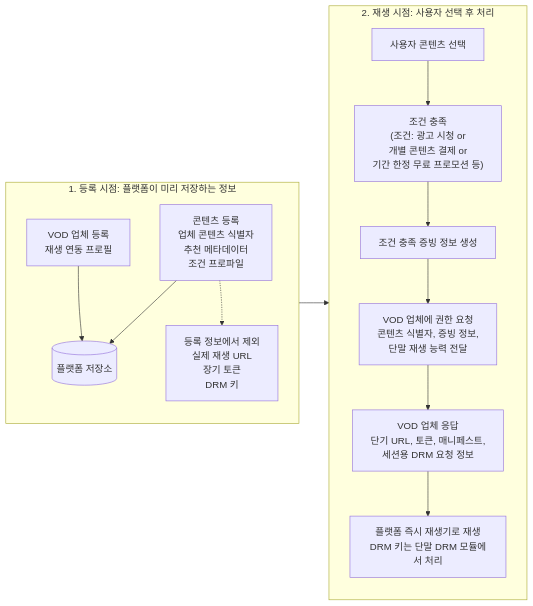
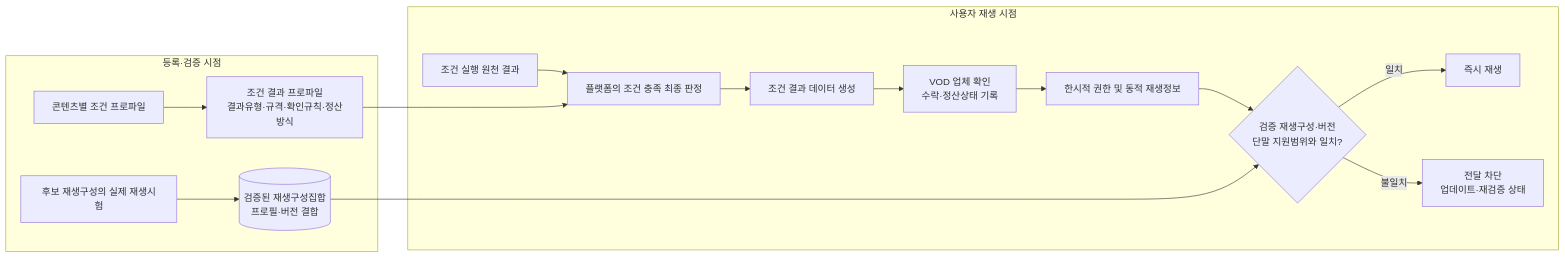
Before and after one commit to growdai1y/instant-play: the first of 14 diagrams in instant_play_직무발명서.md, drawn with Mermaid. The commit also changed other lines of this file and 1 other file, not shown here.

````diff
--- a/instant_play_직무발명서.md
+++ b/instant_play_직무발명서.md
@@ -32,26 +40,28 @@
 ```mermaid
 flowchart LR
-    subgraph REG["1. 등록 시점: 플랫폼이 미리 저장하는 정보"]
-        direction TB
-        R1["VOD 업체 등록<br/>재생 연동 프로필"]
-        R2["콘텐츠 등록<br/>업체 콘텐츠 식별자<br/>추천 메타데이터<br/>조건 프로파일"]
-        R3[("플랫폼 저장소")]
-        R4["등록 정보에서 제외<br/>실제 재생 URL<br/>장기 토큰<br/>DRM 키"]
-        R1 --> R3
-        R2 --> R3
-        R2 -.-> R4
+    subgraph REGISTER["등록·검증 시점"]
+        A["콘텐츠별 조건 프로파일"]
+        B["조건 결과 프로파일<br/>결과유형·규격·확인규칙·정산방식"]
+        C["후보 재생구성의 실제 재생시험"]
+        D[("검증된 재생구성집합<br/>프로필·버전 결합")]
+        A --> B
+        C --> D
     end
 
-    subgraph RUN["2. 재생 시점: 사용자 선택 후 처리"]
-        direction TB
-        U1["사용자 콘텐츠 선택"]
-        U2["조건 충족<br/>(조건: 광고 시청 or<br/>개별 콘텐츠 결제 or<br/>기간 한정 무료 프로모션 등)"]
-        U3["조건 충족 증빙 정보 생성"]
-        U4["VOD 업체에 권한 요청<br/>콘텐츠 식별자, 증빙 정보,<br/>단말 재생 능력 전달"]
-        U5["VOD 업체 응답<br/>단기 URL, 토큰, 매니페스트,<br/>세션용 DRM 요청 정보"]
-        U6["플랫폼 즉시 재생기로 재생<br/>DRM 키는 단말 DRM 모듈에서 처리"]
-        U1 --> U2 --> U3 --> U4 --> U5 --> U6
+    subgraph RUNTIME["사용자 재생 시점"]
+        E["조건 실행 원천 결과"]
+        F["플랫폼의 조건 충족 최종 판정"]
+        G["조건 결과 데이터 생성"]
+        H["VOD 업체 확인<br/>수락·정산상태 기록"]
+        I["한시적 권한 및 동적 재생정보"]
+        J{"검증 재생구성·버전<br/>단말 지원범위와 일치?"}
+        K["즉시 재생"]
+        L["전달 차단<br/>업데이트·재검증 상태"]
+        E --> F --> G --> H --> I --> J
+        J -->|일치| K
+        J -->|불일치| L
     end
 
-    R3 --> U1
+    B ---> F
+    D ---> J
 ```
````
